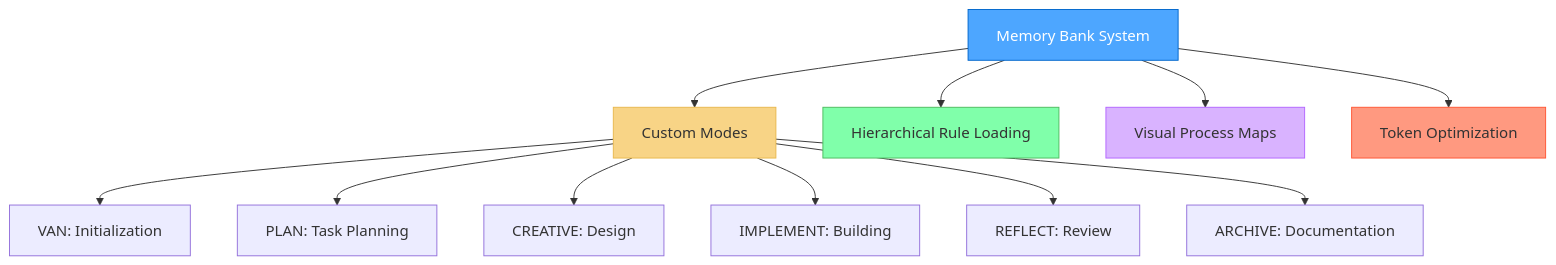
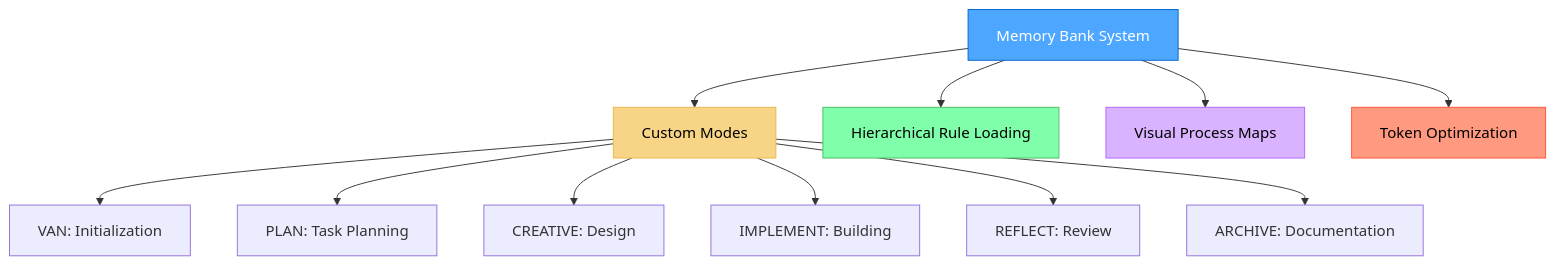
One commit to ac484/ng-ac changed the first of 2 diagrams in README.md. Above: the diagram before and after it, drawn with Mermaid. The commit also changed other lines of this file and 18 other files, not shown here.

````diff
--- a/README.md
+++ b/README.md
@@ -5,20 +5,20 @@
 ```mermaid
 graph TD
     Main["Memory Bank System"] --> Modes["Custom Modes"]
     Main --> Rules["Hierarchical Rule Loading"]
     Main --> Visual["Visual Process Maps"]
     Main --> Token["Token Optimization"]
     
     Modes --> VAN["VAN: Initialization"]
     Modes --> PLAN["PLAN: Task Planning"]
     Modes --> CREATIVE["CREATIVE: Design"]
     Modes --> IMPLEMENT["IMPLEMENT: Building"]
     Modes --> REFLECT["REFLECT: Review"]
     Modes --> ARCHIVE["ARCHIVE: Documentation"]
     
     style Main fill:#4da6ff,stroke:#0066cc,color:white
-    style Modes fill:#f8d486,stroke:#e8b84d
-    style Rules fill:#80ffaa,stroke:#4dbb5f
-    style Visual fill:#d9b3ff,stroke:#b366ff
-    style Token fill:#ff9980,stroke:#ff5533
+    style Modes fill:#f8d486,stroke:#e8b84d,color:black
+    style Rules fill:#80ffaa,stroke:#4dbb5f,color:black
+    style Visual fill:#d9b3ff,stroke:#b366ff,color:black
+    style Token fill:#ff9980,stroke:#ff5533,color:black
 ```
````
